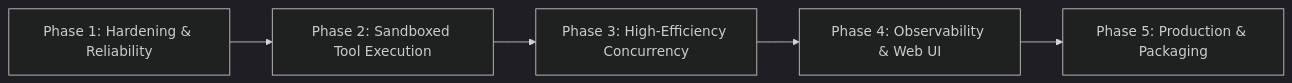
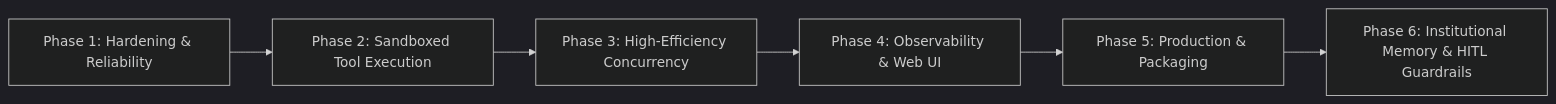
Before and after one commit to heli-toon/vectis: the first of 2 diagrams in WAY_FORWARD.md, drawn with Mermaid (dark theme). The commit also changed other lines of this file and 21 other files, not shown here.

Commit message:
feat: add some Memory & HITL Guardrails

````diff
--- a/WAY_FORWARD.md
+++ b/WAY_FORWARD.md
@@ -77,7 +77,8 @@
 ```mermaid
 flowchart LR
     P1["Phase 1: Hardening & Reliability"] --> P2["Phase 2: Sandboxed Tool Execution"]
     P2 --> P3["Phase 3: High-Efficiency Concurrency"]
     P3 --> P4["Phase 4: Observability & Web UI"]
     P4 --> P5["Phase 5: Production & Packaging"]
+    P5 --> P6["Phase 6: Institutional Memory & HITL Guardrails"]
 ```
````
